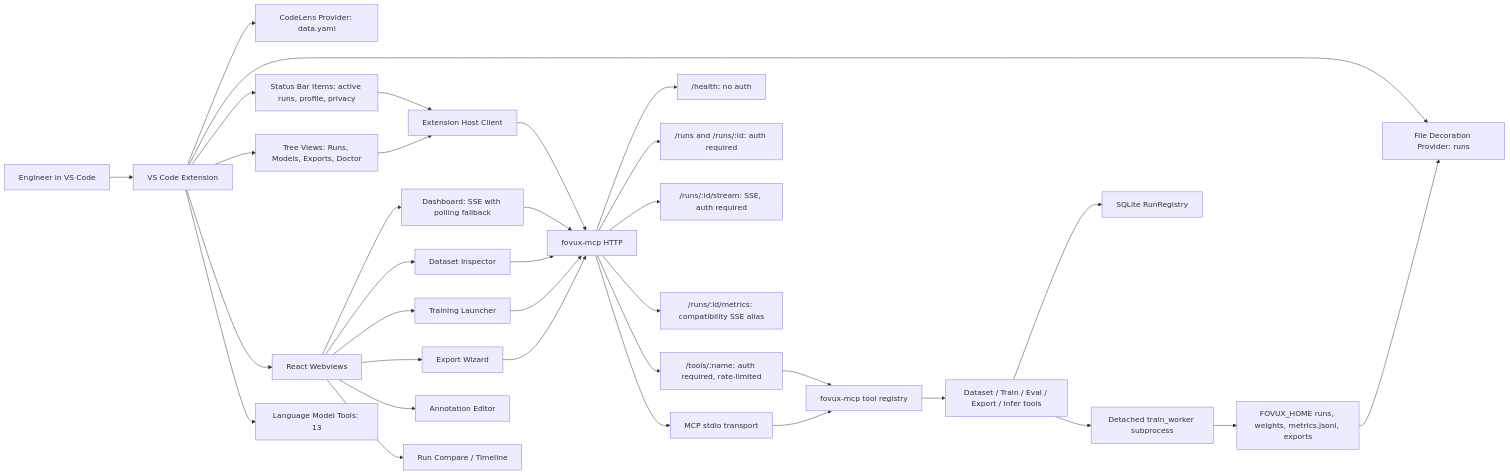
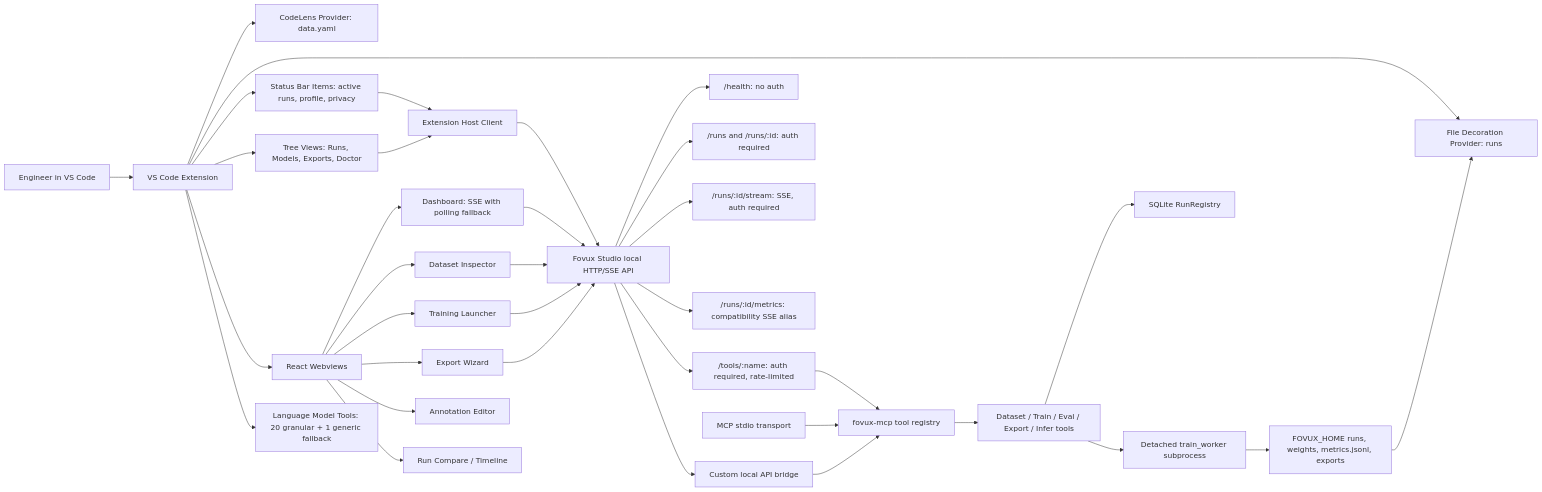
One commit to oaslananka/fovux-kit changed the diagram in docs/architecture.md. Above: the diagram before and after it, drawn with Mermaid. The commit also changed other lines of this file and 8 other files, not shown here.

````diff
--- a/docs/architecture.md
+++ b/docs/architecture.md
@@ -10,36 +10,38 @@
 ```mermaid
 flowchart LR
   User["Engineer in VS Code"] --> Studio["VS Code Extension"]
   Studio --> CodeLens["CodeLens Provider: data.yaml"]
   Studio --> Decorations["File Decoration Provider: runs"]
   Studio --> Status["Status Bar Items: active runs, profile, privacy"]
   Studio --> Trees["Tree Views: Runs, Models, Exports, Doctor"]
   Studio --> Webviews["React Webviews"]
-  Studio --> LMTools["Language Model Tools: 13"]
+  Studio --> LMTools["Language Model Tools: 20 granular + 1 generic fallback"]
   Webviews --> Dashboard["Dashboard: SSE with polling fallback"]
   Webviews --> DatasetInspector["Dataset Inspector"]
   Webviews --> TrainingLauncher["Training Launcher"]
   Webviews --> ExportWizard["Export Wizard"]
   Webviews --> AnnotationEditor["Annotation Editor"]
   Webviews --> Compare["Run Compare / Timeline"]
   Trees --> Client["Extension Host Client"]
   Status --> Client
-  Client --> HTTP["fovux-mcp HTTP"]
+  Client --> HTTP["Fovux Studio local HTTP/SSE API"]
   Dashboard --> HTTP
   DatasetInspector --> HTTP
   TrainingLauncher --> HTTP
   ExportWizard --> HTTP
   HTTP --> Health["/health: no auth"]
   HTTP --> Runs["/runs and /runs/:id: auth required"]
   HTTP --> Stream["/runs/:id/stream: SSE, auth required"]
   HTTP --> MetricsAlias["/runs/:id/metrics: compatibility SSE alias"]
   HTTP --> ToolsEndpoint["/tools/:name: auth required, rate-limited"]
-  HTTP --> Stdio["MCP stdio transport"]
+  HTTP --> LocalAPI["Custom local API bridge"]
+  LocalAPI --> MCP
+  Stdio["MCP stdio transport"]
   ToolsEndpoint --> MCP["fovux-mcp tool registry"]
   Stdio --> MCP
   MCP --> Tools["Dataset / Train / Eval / Export / Infer tools"]
   Tools --> Registry["SQLite RunRegistry"]
   Tools --> Worker["Detached train_worker subprocess"]
   Worker --> Artifacts["FOVUX_HOME runs, weights, metrics.jsonl, exports"]
   Artifacts --> Decorations
 ```
````
